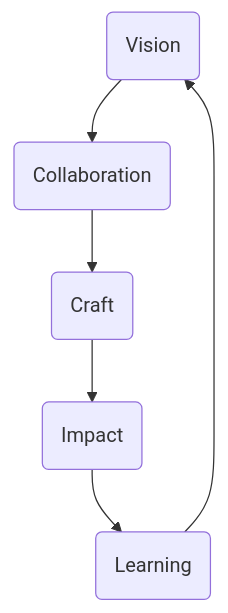
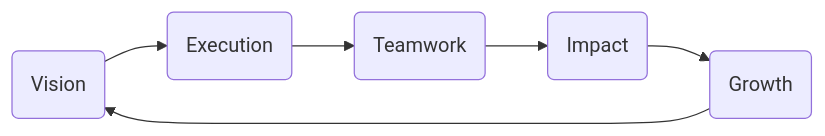
The first of 4 diagrams in README.md (ChristianAgyapong/ChristianAgyapong), drawn with Mermaid before and after one commit. The commit also changed other lines of this file, not shown here.

````diff
--- a/README.md
+++ b/README.md
@@ -32,8 +32,8 @@
 ```mermaid
-graph TD
-    A(Vision) --> B(Collaboration)
-    B --> C(Craft)
-    C --> D(Impact)
-    D --> E(Learning)
-    E --> A
+flowchart LR
+  A(Vision) --> B(Execution)
+  B --> C(Teamwork)
+  C --> D(Impact)
+  D --> E(Growth)
+  E --> A
 ```
````
